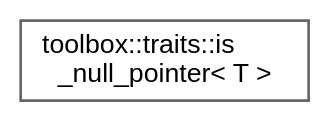
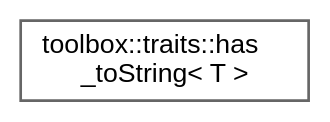
The diagram in inherit_graph_135.dot (nerdneilsfield/cpp-toolbox), drawn with Graphviz before and after one commit. The commit also changed 460 other files, not shown here.

```diff
--- a/inherit_graph_135.dot
+++ b/inherit_graph_135.dot
@@ -1,9 +1,9 @@
 digraph "Graphical Class Hierarchy"
 {
  // LATEX_PDF_SIZE
   bgcolor="transparent";
   edge [fontname=Helvetica,fontsize=10,labelfontname=Helvetica,labelfontsize=10];
   node [fontname=Helvetica,fontsize=10,shape=box,height=0.2,width=0.4];
   rankdir="LR";
-  Node0 [id="Node000000",label="toolbox::traits::is\l_null_pointer\< T \>",height=0.2,width=0.4,color="grey40", fillcolor="white", style="filled",URL="$structtoolbox_1_1traits_1_1is__null__pointer.html",tooltip="检查类型是否为std::nullptr_t/Check if type is std::nullptr_t"];
+  Node0 [id="Node000000",label="toolbox::traits::has\l_toString\< T \>",height=0.2,width=0.4,color="grey40", fillcolor="white", style="filled",URL="$structtoolbox_1_1traits_1_1has__to_string.html",tooltip="检查类型是否有toString方法(C++17之前版本)/Check if type has toString method (pre-C++17 version)"];
 }
```
